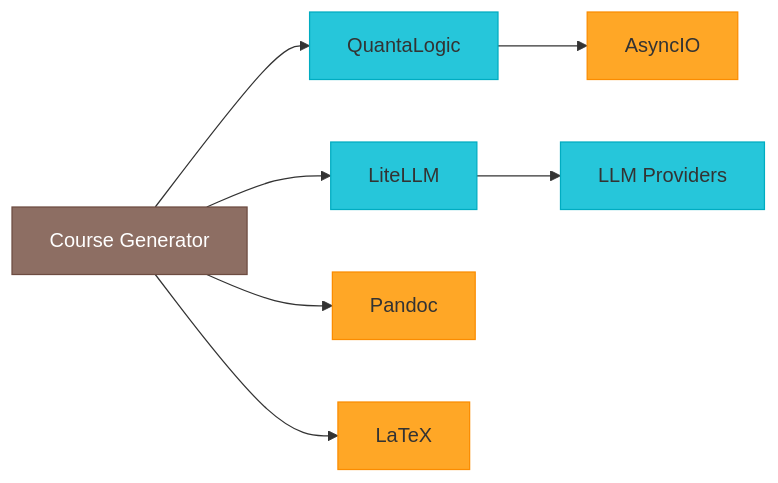
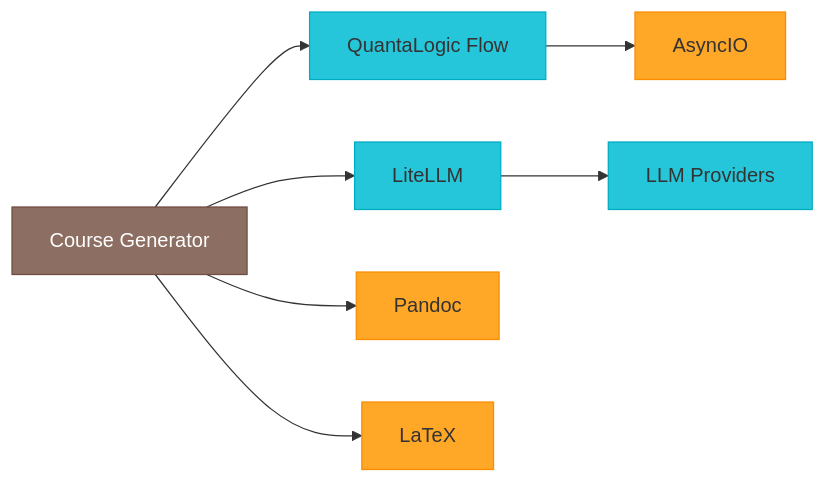
Before and after one commit to raphaelmansuy/course_generator: the third of 3 diagrams in TECHNICAL_README.md, drawn with Mermaid. The commit also changed other lines of this file and 12 other files, not shown here.

First line of the commit message:
Migrate from quantalogic to quantalogic-flow 0.6.3 (#12)

````diff
--- a/TECHNICAL_README.md
+++ b/TECHNICAL_README.md
@@ -158,13 +159,13 @@
 ```mermaid
 graph LR
     classDef main fill:#8D6E63,stroke:#6D4C41,color:white
     classDef service fill:#26C6DA,stroke:#00ACC1
     classDef dependency fill:#FFA726,stroke:#FB8C00
     
-    A[Course Generator]:::main --> B[QuantaLogic]:::service
+    A[Course Generator]:::main --> B[QuantaLogic Flow]:::service
     A --> C[LiteLLM]:::service
     A --> D[Pandoc]:::dependency
     A --> E[LaTeX]:::dependency
     B --> F[AsyncIO]:::dependency
     C --> G[LLM Providers]:::service
 ```
````
